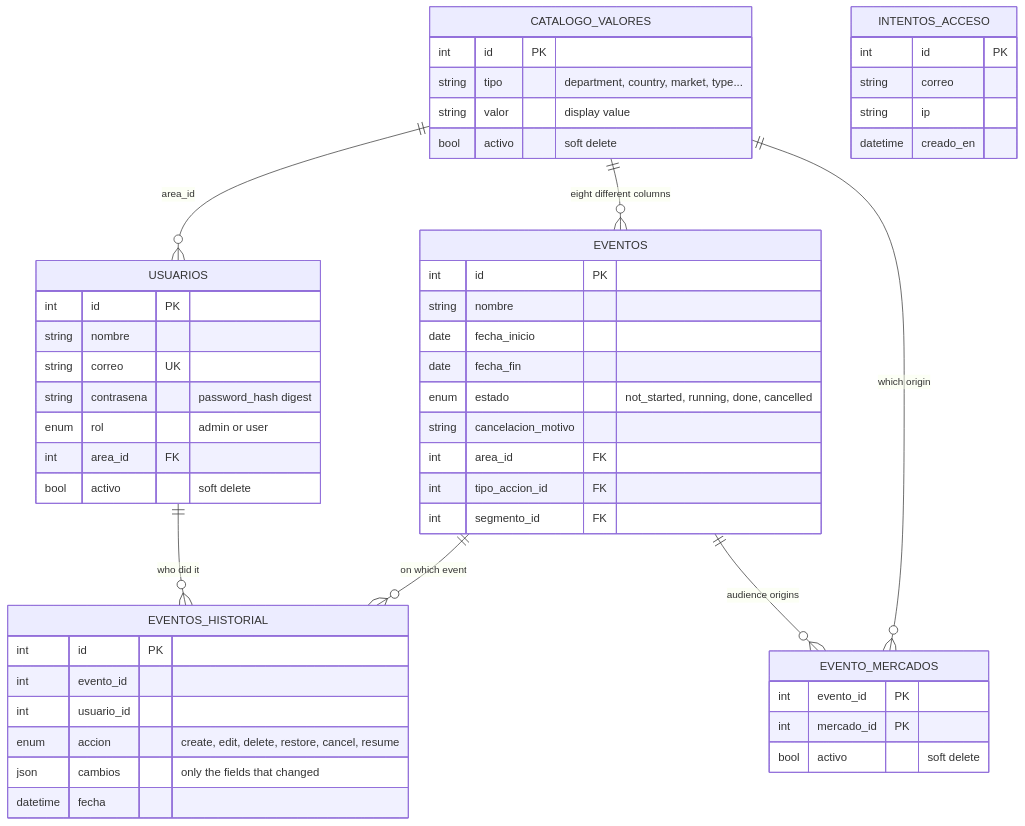
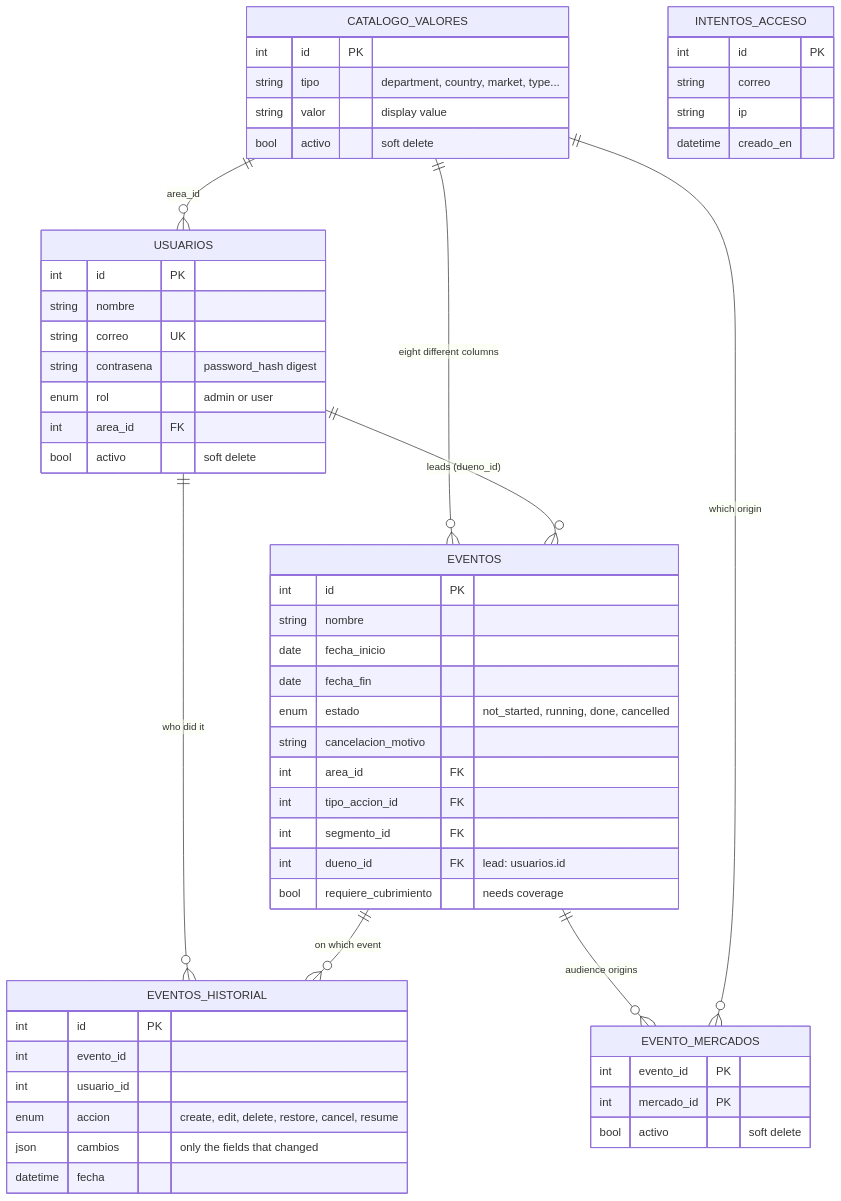
The eighth of 9 diagrams in docs/ARCHITECTURE.md (Michse017/calendario-institucional), drawn with Mermaid before and after one commit. The commit also changed other lines of this file and 2 other files, not shown here.

First line of the commit message:
docs: responsable, cubrimiento, disponibilidad y línea de tiempo en README, arquitectura y despliegue

````diff
--- a/docs/ARCHITECTURE.md
+++ b/docs/ARCHITECTURE.md
@@ -316,55 +316,58 @@
 ```mermaid
 erDiagram
     CATALOGO_VALORES ||--o{ USUARIOS : "area_id"
     CATALOGO_VALORES ||--o{ EVENTOS : "eight different columns"
+    USUARIOS ||--o{ EVENTOS : "leads (dueno_id)"
     USUARIOS ||--o{ EVENTOS_HISTORIAL : "who did it"
     EVENTOS ||--o{ EVENTOS_HISTORIAL : "on which event"
     EVENTOS ||--o{ EVENTO_MERCADOS : "audience origins"
     CATALOGO_VALORES ||--o{ EVENTO_MERCADOS : "which origin"
 
     CATALOGO_VALORES {
         int id PK
         string tipo "department, country, market, type..."
         string valor "display value"
         bool activo "soft delete"
     }
     USUARIOS {
         int id PK
         string nombre
         string correo UK
         string contrasena "password_hash digest"
         enum rol "admin or user"
         int area_id FK
         bool activo "soft delete"
     }
     INTENTOS_ACCESO {
         int id PK
         string correo
         string ip
         datetime creado_en
     }
     EVENTOS {
         int id PK
         string nombre
         date fecha_inicio
         date fecha_fin
         enum estado "not_started, running, done, cancelled"
         string cancelacion_motivo
         int area_id FK
         int tipo_accion_id FK
         int segmento_id FK
+        int dueno_id FK "lead: usuarios.id"
+        bool requiere_cubrimiento "needs coverage"
     }
     EVENTOS_HISTORIAL {
         int id PK
         int evento_id
         int usuario_id
         enum accion "create, edit, delete, restore, cancel, resume"
         json cambios "only the fields that changed"
         datetime fecha
     }
     EVENTO_MERCADOS {
         int evento_id PK
         int mercado_id PK
         bool activo "soft delete"
     }
 ```
````
